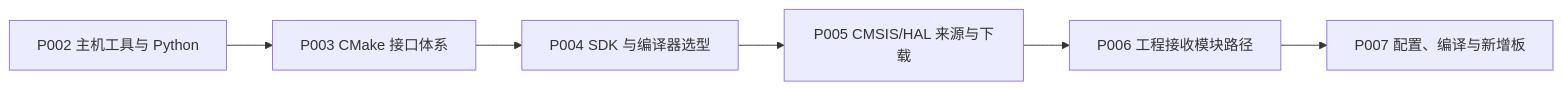
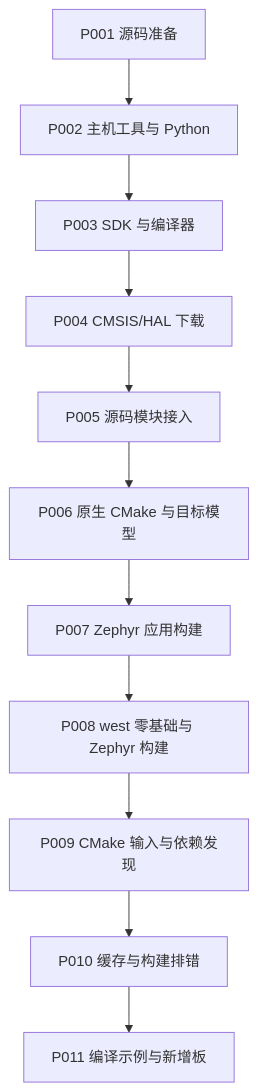
The diagram in learning/P01_zephyr_make_project/环境与依赖导航.md (FormingSystem/zephyr_hc32f4a0), drawn with Mermaid before and after one commit. The commit also changed other lines of this file and 3894 other files, not shown here.

````diff
--- a/learning/P01_zephyr_make_project/环境与依赖导航.md
+++ b/learning/P01_zephyr_make_project/环境与依赖导航.md
@@ -23,8 +15,13 @@
 ```mermaid
-flowchart LR
-    A["P002 主机工具与 Python"] --> I["P003 CMake 接口体系"]
-    I --> B["P004 SDK 与编译器选型"]
-    B --> C["P005 CMSIS/HAL 来源与下载"]
-    C --> D["P006 工程接收模块路径"]
-    D --> E["P007 配置、编译与新增板"]
+flowchart TD
+    A["P001 源码准备"] --> B["P002 主机工具与 Python"]
+    B --> C["P003 SDK 与编译器"]
+    C --> D["P004 CMSIS/HAL 下载"]
+    D --> E["P005 源码模块接入"]
+    E --> F["P006 原生 CMake 与目标模型"]
+    F --> G["P007 Zephyr 应用构建"]
+    G --> H["P008 west 零基础与 Zephyr 构建"]
+    H --> I["P009 CMake 输入与依赖发现"]
+    I --> J["P010 缓存与构建排错"]
+    J --> K["P011 编译示例与新增板"]
 ```
````
